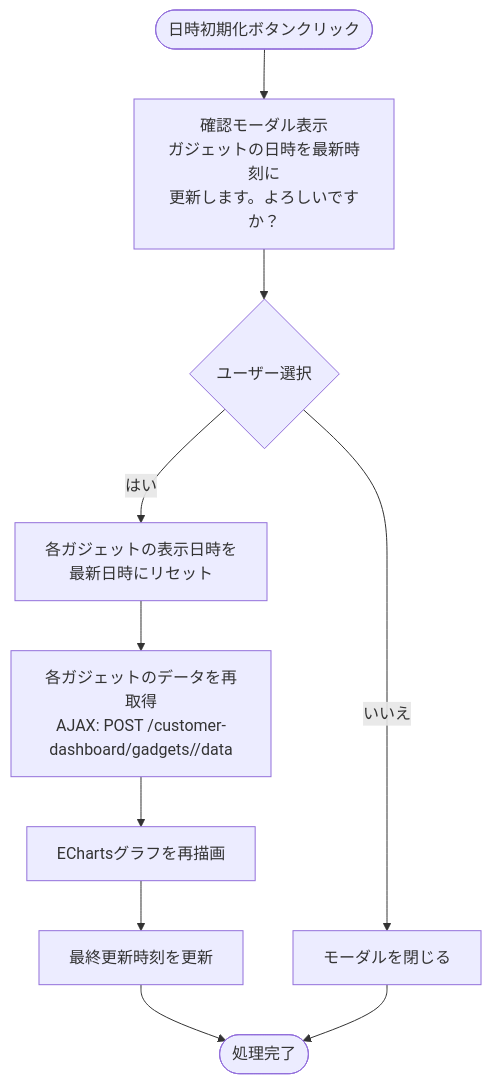
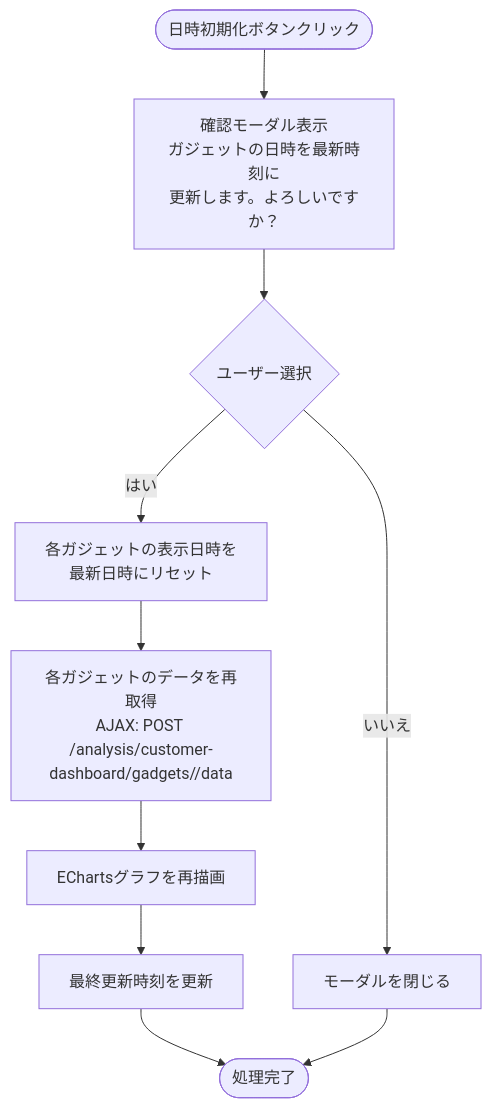
Before and after one commit to NSW-SVCP-AIWG002/Databricks-IoT: diagram 13 of 15 in docs/03-features/flask-app/customer-dashboard/common/workflow-specification.md, drawn with Mermaid. The commit also changed other lines of this file and 5 other files, not shown here.

````diff
--- a/docs/03-features/flask-app/customer-dashboard/common/workflow-specification.md
+++ b/docs/03-features/flask-app/customer-dashboard/common/workflow-specification.md
@@ -2256,12 +2256,12 @@
 ```mermaid
 flowchart TD
     Start([日時初期化ボタンクリック]) --> Confirm[確認モーダル表示<br>ガジェットの日時を最新時刻に<br>更新します。よろしいですか？]
     Confirm --> CheckConfirm{ユーザー選択}
     CheckConfirm -->|いいえ| CloseModal[モーダルを閉じる]
     CheckConfirm -->|はい| ResetDateTime[各ガジェットの表示日時を<br>最新日時にリセット]
-    ResetDateTime --> FetchData[各ガジェットのデータを再取得<br>AJAX: POST /customer-dashboard/gadgets/<gadget_uuid>/data]
+    ResetDateTime --> FetchData[各ガジェットのデータを再取得<br>AJAX: POST /analysis/customer-dashboard/gadgets/<gadget_uuid>/data]
     FetchData --> UpdateChart[EChartsグラフを再描画]
     UpdateChart --> UpdateTime[最終更新時刻を更新]
     UpdateTime --> End([処理完了])
     CloseModal --> End
 ```
````
